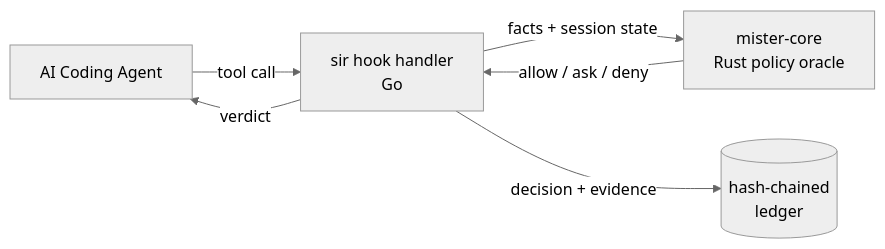
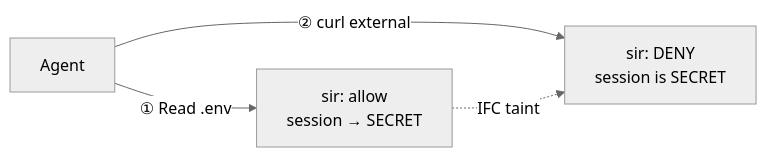
Before and after one commit to somoore/sir: the diagram in README.md, drawn with Mermaid (neutral theme). The commit also changed other lines of this file, not shown here.

Commit message:
docs(readme): tighten observability gap tone; rewire diagram for IFC (#120)
Reviewer feedback on the README:

1. The "observability gap" subsection read like a pitch deck ("gaping
   hole", "flight data recorders") next to a WARNING banner that says
   sir is experimental and not for production. Tone clash. Collapsed
   to a single factual sentence that makes the same point without the
   sales register.

2. The old mermaid diagram (agent → hook → oracle → ledger → agent)
   was generic — it looked like any proxy and did not communicate the
   thing that actually makes sir different, which is that the oracle's
   verdict depends on session state that accumulates across tool calls.
   Replaced with a two-node IFC taint flow: Read .env → session becomes
   SECRET → subsequent curl gets denied. The caption spells out that
   both tool calls happen in the same turn, with different verdicts,
   because session state mutated in between.

Line budget: 143 (under the 150 ceiling). Contract test + full suite
still green.

````diff
--- a/README.md
+++ b/README.md
@@ -36,8 +36,6 @@
 ```mermaid
 flowchart LR
-    A[AI Coding Agent] -->|tool call| H[sir hook handler<br/>Go]
-    H -->|facts + session state| R[mister-core<br/>Rust policy oracle]
-    R -->|allow / ask / deny| H
-    H -->|decision + evidence| L[(hash-chained<br/>ledger)]
-    H -->|verdict| A
+    A[Agent] -->|① Read .env| S1["sir: allow<br/>session → SECRET"]
+    A -->|② curl external| S2["sir: DENY<br/>session is SECRET"]
+    S1 -. IFC taint .-> S2
 ```
````
